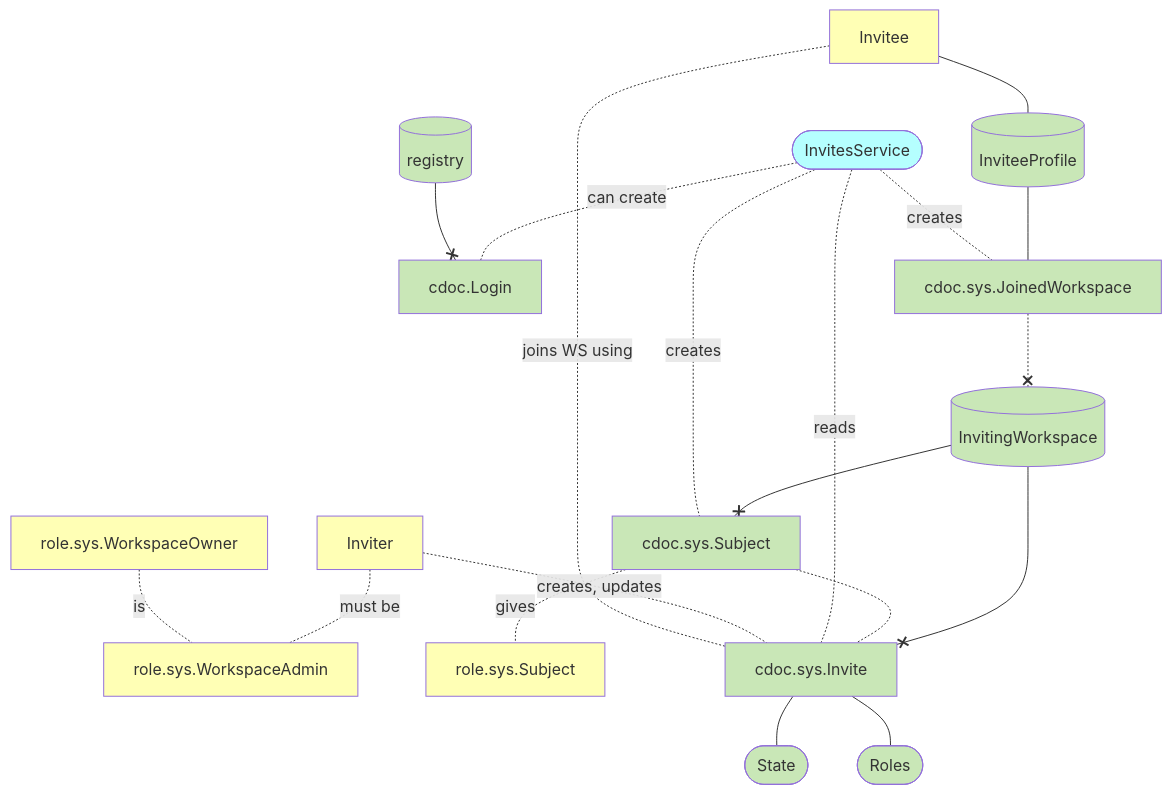
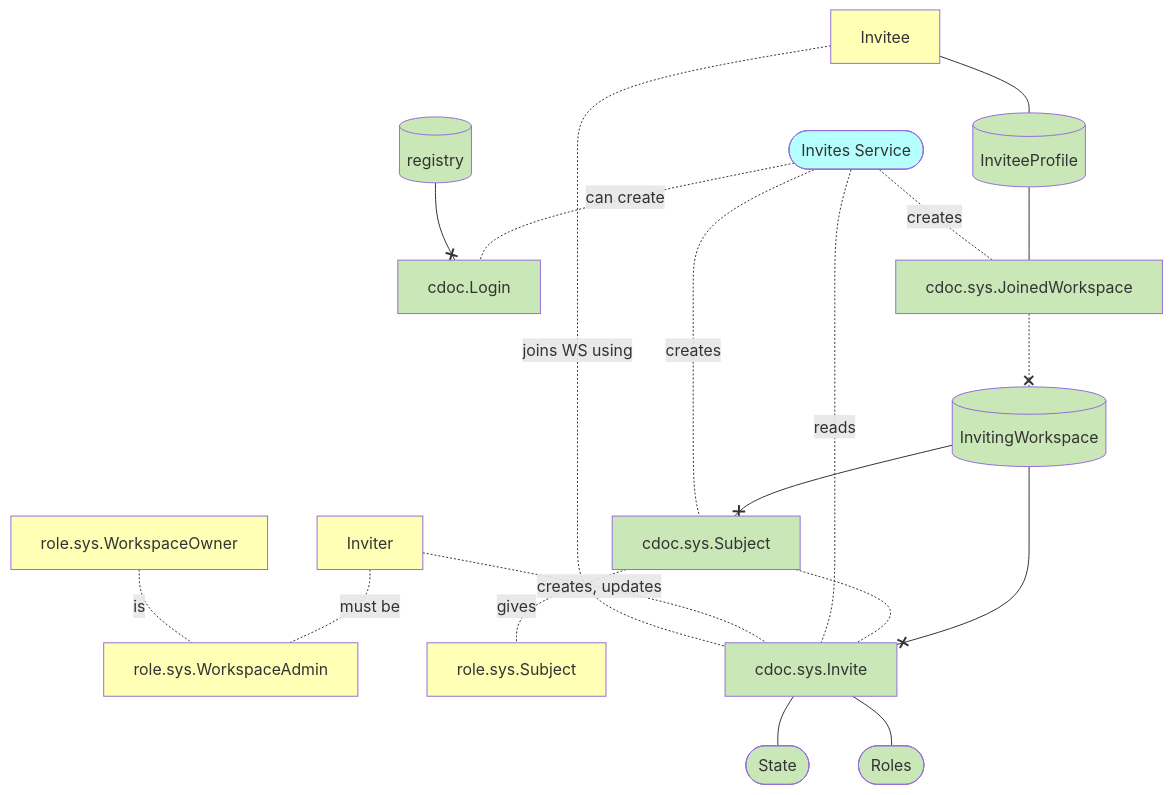
One commit to voedger/voedger-internals changed the first of 3 diagrams in server/invites/invites.md. Above: the diagram before and after it, drawn with Mermaid. The commit also changed other lines of this file and 3 other files, not shown here.

````diff
--- a/server/invites/invites.md
+++ b/server/invites/invites.md
@@ -54,54 +56,54 @@
 ```mermaid
     flowchart TD
 
     WorkspaceOwner["role.sys.WorkspaceOwner"]:::B
     WorkspaceAdmin["role.sys.WorkspaceAdmin"]:::B
     SubjectRole["role.sys.Subject"]:::B
     Inviter["Inviter"]:::B
     Invitee["Invitee"]:::B
 
 
     registry[(registry)]:::H
         Login["cdoc.Login"]:::H
 
     InviteeProfile[(InviteeProfile)]:::H
     JoinedWorkspace["cdoc.sys.JoinedWorkspace"]:::H
 
 
     InvitingWorkspace[(InvitingWorkspace)]:::H
         InvitingWorkspace --x Invite["cdoc.sys.Invite"]:::H
         Invite --- State(["State"]):::H
         Invite --- InviteRoles(["Roles"]):::H
         InvitingWorkspace --x Subject["cdoc.sys.Subject"]:::H
 
-    InvitesService([InvitesService]):::S
+    InvitesService([Invites Service]):::S
 
     Subject -.- Invite
     Subject -.- |gives| SubjectRole
 
     InviteeProfile --- JoinedWorkspace
 
     InvitesService -.- |creates| Subject
     InvitesService -.- |reads| Invite
     InvitesService -.- |can create| Login
     InvitesService -.- |creates| JoinedWorkspace
 
     Inviter -.- |creates, updates| Invite
     Inviter -.- |must be| WorkspaceAdmin
 
     WorkspaceOwner -.- |is| WorkspaceAdmin
 
     registry --x Login
 
     Invitee x-.- |joins WS using| Invite
     Invitee --- InviteeProfile
 
     JoinedWorkspace -.-x InvitingWorkspace
 
 
     classDef G fill:#FFFFFF,color:#333,stroke:#000000, stroke-width:1px, stroke-dasharray: 5 5
     classDef B fill:#FFFFB5,color:#333
     classDef S fill:#B5FFFF,color:#333
     classDef H fill:#C9E7B7,color:#333
 
 ```
````
